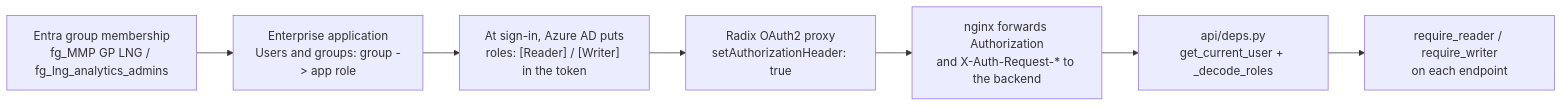
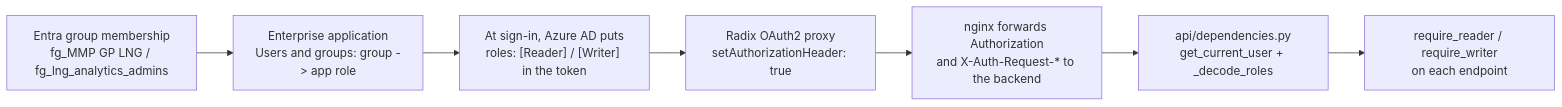
The third of 4 diagrams in README.md (equinor/lng-trading-app), drawn with Mermaid before and after one commit. The commit also changed other lines of this file and 74 other files, not shown here.

Commit message:
refactor architecture

````diff
--- a/README.md
+++ b/README.md
@@ -239,9 +247,9 @@
 ```mermaid
 flowchart LR
     A["Entra group membership<br/>fg_MMP GP LNG / fg_lng_analytics_admins"] --> B["Enterprise application<br/>Users and groups: group -> app role"]
     B --> C["At sign-in, Azure AD puts<br/>roles: [Reader] / [Writer] in the token"]
     C --> D["Radix OAuth2 proxy<br/>setAuthorizationHeader: true"]
     D --> E["nginx forwards Authorization<br/>and X-Auth-Request-* to the backend"]
-    E --> F["api/deps.py<br/>get_current_user + _decode_roles"]
+    E --> F["api/dependencies.py<br/>get_current_user + _decode_roles"]
     F --> G["require_reader / require_writer<br/>on each endpoint"]
 ```
````
